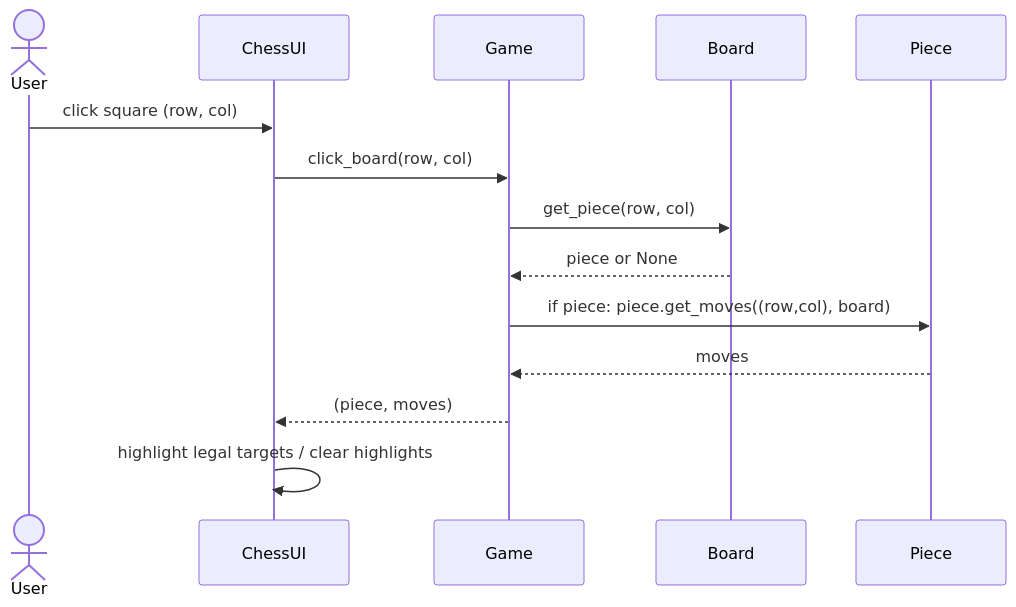
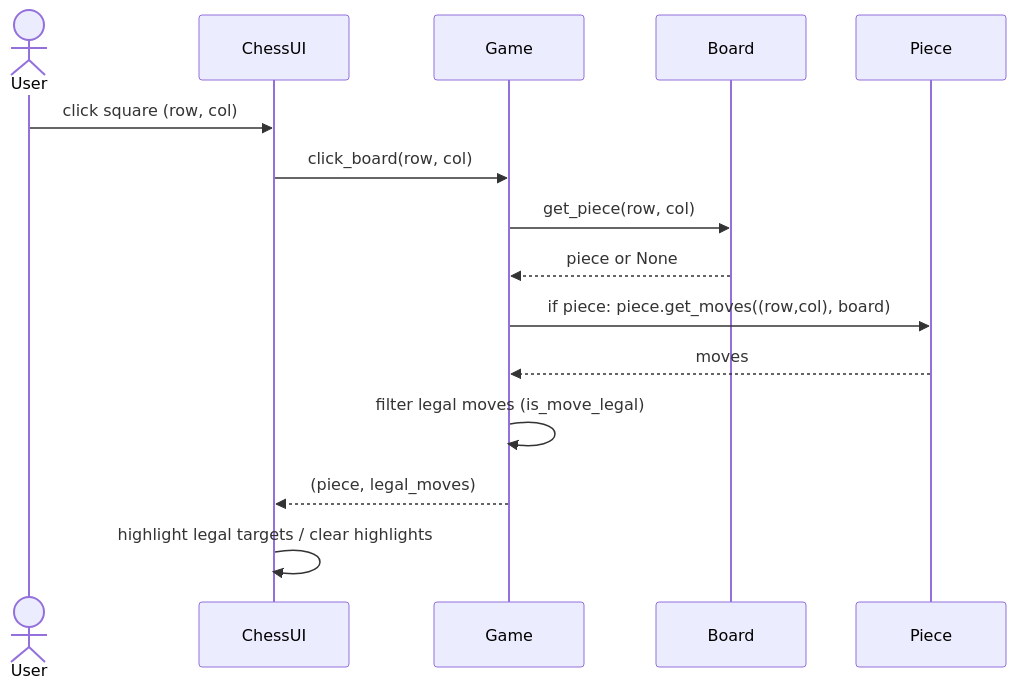
One commit to aapokoiv/ot-harjoitustyo changed the second of 3 diagrams in documentation/architecture.md. Above: the diagram before and after it, drawn with Mermaid. The commit also changed other lines of this file and 15 other files, not shown here.

````diff
--- a/documentation/architecture.md
+++ b/documentation/architecture.md
@@ -54,16 +94,17 @@
 ```mermaid
 sequenceDiagram
   actor User
   participant UI as ChessUI
   participant Game
   participant Board
   participant Piece
   User->>UI: click square (row, col)
   UI->>Game: click_board(row, col)
   Game->>Board: get_piece(row, col)
   Board-->>Game: piece or None
   Game->>Piece: if piece: piece.get_moves((row,col), board)
   Piece-->>Game: moves
-  Game-->>UI: (piece, moves)
+  Game->>Game: filter legal moves (is_move_legal)
+  Game-->>UI: (piece, legal_moves)
   UI->>UI: highlight legal targets / clear highlights
 ```
````
